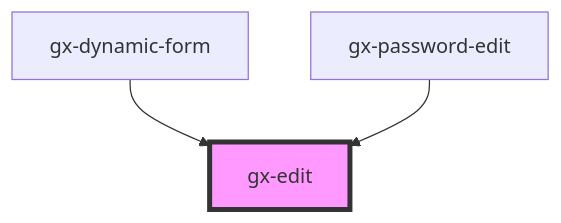
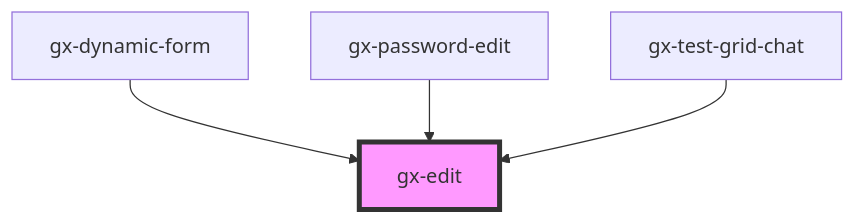
The diagram in src/components/edit/readme.md (genexuslabs/web-controls-library), drawn with Mermaid before and after one commit. The commit also changed other lines of this file and 9 other files, not shown here.

````diff
--- a/src/components/edit/readme.md
+++ b/src/components/edit/readme.md
@@ -101,6 +102,7 @@
 ```mermaid
 graph TD;
   gx-dynamic-form --> gx-edit
   gx-password-edit --> gx-edit
+  gx-test-grid-chat --> gx-edit
   style gx-edit fill:#f9f,stroke:#333,stroke-width:4px
 ```
````
